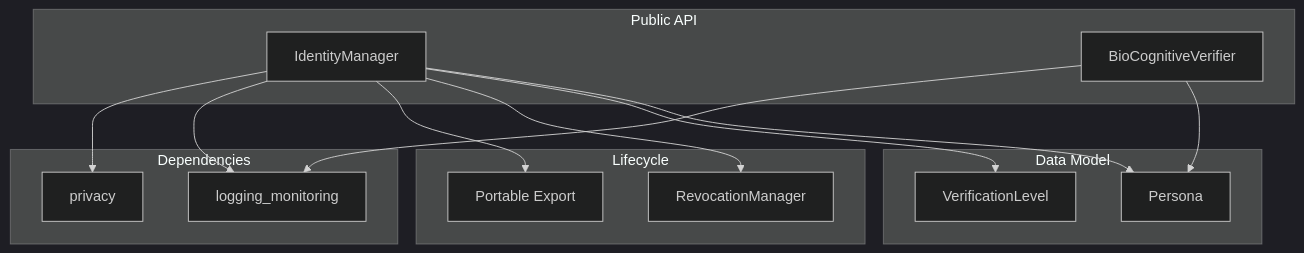
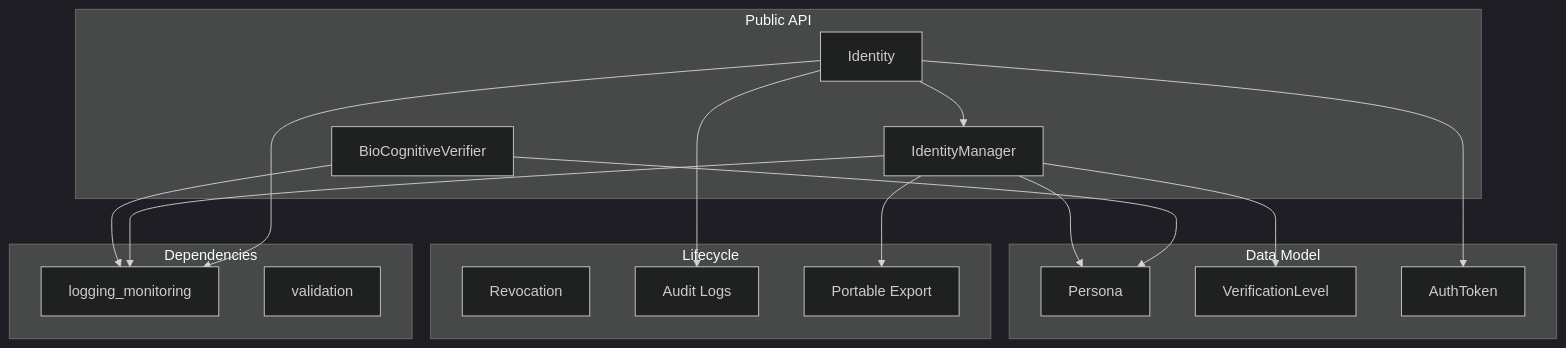
Before and after one commit to docxology/codomyrmex: the diagram in src/codomyrmex/identity/SPEC.md, drawn with Mermaid (dark theme). The commit also changed other lines of this file and 402 other files, not shown here.

````diff
--- a/src/codomyrmex/identity/SPEC.md
+++ b/src/codomyrmex/identity/SPEC.md
@@ -50,31 +51,36 @@
 ```mermaid
 graph TD
     subgraph "Public API"
+        ID[Identity]
         IM[IdentityManager]
         BCV[BioCognitiveVerifier]
     end
 
     subgraph "Data Model"
         P[Persona]
         VL[VerificationLevel]
+        AT[AuthToken]
     end
 
     subgraph "Lifecycle"
-        RM[RevocationManager]
+        RM[Revocation]
+        Audit[Audit Logs]
         Export[Portable Export]
     end
 
     subgraph "Dependencies"
         LOG[logging_monitoring]
-        PRIV[privacy]
+        VALID[validation]
     end
 
+    ID --> IM
     IM --> P
     IM --> VL
-    IM --> RM
+    ID --> AT
+    ID --> Audit
     IM --> Export
     BCV --> P
     BCV --> LOG
     IM --> LOG
-    IM --> PRIV
+    ID --> LOG
 ```
````
